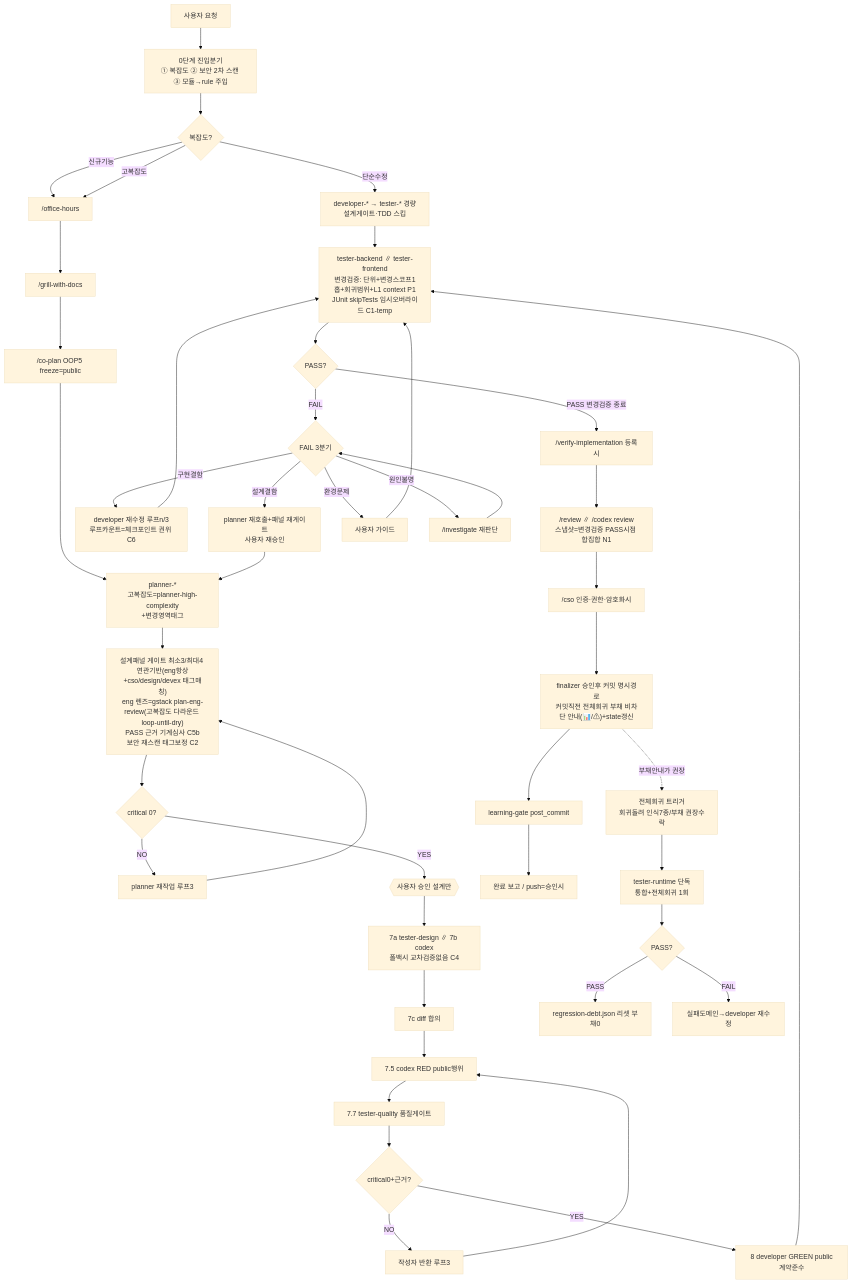
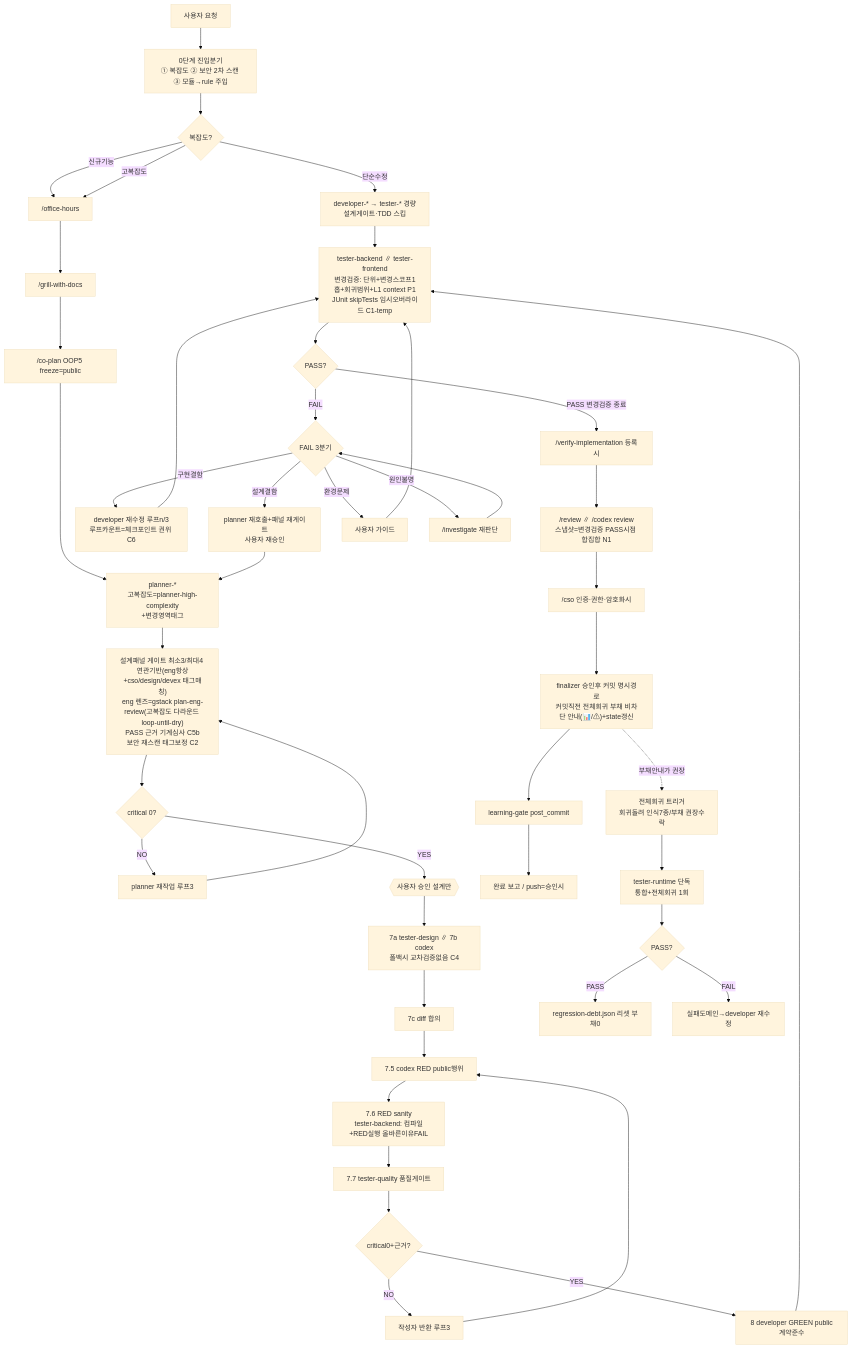
Before and after one commit to JungwooKim1271011706/harness-setup: the diagram in README.md, drawn with Mermaid (base theme). The commit also changed 10 other files, not shown here.

````diff
--- a/README.md
+++ b/README.md
@@ -11,42 +11,42 @@
 ```mermaid
 flowchart TD
   REQ["사용자 요청"] --> S0["0단계 진입분기<br/>① 복잡도 ② 보안 2차 스캔 ③ 모듈→rule 주입"]
   S0 --> CPX{복잡도?}
 
   CPX -->|단순수정| SIMP["developer-* → tester-* 경량<br/>설계게이트·TDD 스킵"]
   SIMP --> POST
   CPX -->|신규기능| NF1["/office-hours"]
   CPX -->|고복잡도| NF1
 
   NF1 --> NF2["/grill-with-docs"] --> NF3["/co-plan OOP5 freeze=public"] --> PL["planner-*<br/>고복잡도=planner-high-complexity<br/>+변경영역태그"]
   PL --> GATE["설계패널 게이트 최소3/최대4 연관기반(eng항상+cso/design/devex 태그매칭)<br/>eng 렌즈=gstack plan-eng-review(고복잡도 다라운드 loop-until-dry)<br/>PASS 근거 기계심사 C5b<br/>보안 재스캔 태그보정 C2"]
   GATE --> CRIT{critical 0?}
   CRIT -->|NO| PLRE["planner 재작업 루프3"] --> GATE
   CRIT -->|YES| APV{{"사용자 승인 설계만"}}
 
   APV --> T7A["7a tester-design ∥ 7b codex<br/>폴백시 교차검증없음 C4"]
-  T7A --> T7C["7c diff 합의"] --> T75["7.5 codex RED public행위"] --> T77["7.7 tester-quality 품질게이트"]
+  T7A --> T7C["7c diff 합의"] --> T75["7.5 codex RED public행위"] --> T76["7.6 RED sanity<br/>tester-backend: 컴파일+RED실행 올바른이유FAIL"] --> T77["7.7 tester-quality 품질게이트"]
   T77 --> Q77{critical0+근거?}
   Q77 -->|NO| RET["작성자 반환 루프3"] --> T75
   Q77 -->|YES| T8["8 developer GREEN public계약준수"]
   T8 --> POST
 
   POST["tester-backend ∥ tester-frontend<br/>변경검증: 단위+변경스코프1홉+회귀범위+L1 context P1<br/>JUnit skipTests 임시오버라이드 C1-temp"]
   POST --> PF{PASS?}
   PF -->|PASS 변경검증 종료| VER["/verify-implementation 등록시"]
   VER --> REV["/review ∥ /codex review<br/>스냅샷=변경검증 PASS시점 합집합 N1"]
   REV --> CSO["/cso 인증·권한·암호화시"] --> FIN["finalizer 승인후 커밋 명시경로<br/>커밋직전 전체회귀 부채 비차단 안내(📊/⚠)+state갱신"]
   FIN --> LG["learning-gate post_commit"] --> DONE["완료 보고 / push=승인시"]
 
   PF -->|FAIL| FB{FAIL 3분기}
   FB -->|구현결함| DEV["developer 재수정 루프n/3<br/>루프카운트=체크포인트 권위 C6"] --> POST
   FB -->|설계결함| DM["planner 재호출+패널 재게이트<br/>사용자 재승인"] --> PL
   FB -->|환경문제| EN["사용자 가이드"] --> POST
   FB -->|원인불명| INV["/investigate 재판단"] --> FB
 
   FIN -.부채안내가 권장.-> DEBT["전체회귀 트리거<br/>회귀돌려 인식7종/부채 권장수락"]
   DEBT --> RT["tester-runtime 단독<br/>통합+전체회귀 1회"]
   RT --> RTP{PASS?}
   RTP -->|PASS| RST["regression-debt.json 리셋 부채0"]
   RTP -->|FAIL| RTF["실패도메인→developer 재수정"]
 ```
````
